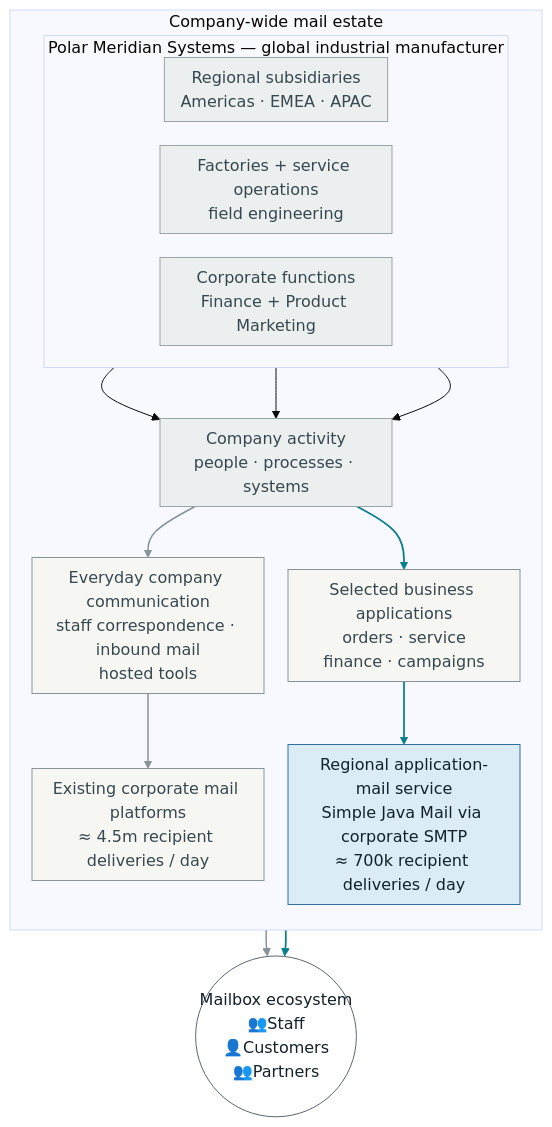
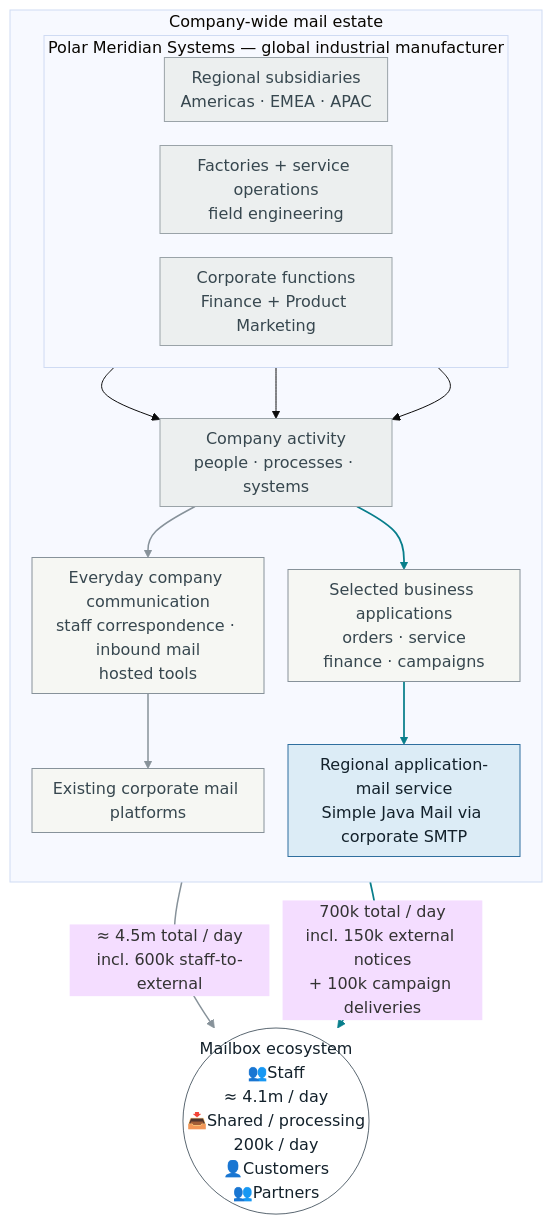
Before and after one commit to simple-java-mail/simplejavamail.org: the first of 5 diagrams in src/journal/2026-09-10-mail-at-polar-meridian-systems.md, drawn with Mermaid (base theme). The commit also changed other lines of this file and 1 other file, not shown here.

Commit message:
docs(journal): consolidate Polar Meridian company overview

````diff
--- a/src/journal/2026-09-10-mail-at-polar-meridian-systems.md
+++ b/src/journal/2026-09-10-mail-at-polar-meridian-systems.md
@@ -34,47 +38,47 @@
 ```mermaid
 %%{init: { "flowchart": { "padding": 8, "nodeSpacing": 24, "rankSpacing": 26 } } }%%
 flowchart TB
     accTitle: Polar Meridian's company-wide mail estate
-    accDescr: Polar Meridian has about 5.2 million recipient deliveries on a working day. Its company composition creates two mail estates. Around 4.5 million use existing corporate platforms for staff, inbound and hosted mail. Around 700,000 come from selected business applications through a regional application-mail service using Simple Java Mail and corporate SMTP. Both reach staff, shared and external inboxes.
+    accDescr: Polar Meridian has about 5.2 million recipient deliveries per working day. Existing corporate platforms carry around 4.5 million, including 600,000 from staff to external contacts. The regional application-mail service uses Simple Java Mail and corporate SMTP for 700,000, including 150,000 external application notifications and a working-day average of 100,000 campaign deliveries. The smaller figures are included in those route totals, not additional traffic. Across both routes, staff inboxes receive about 4.1 million deliveries and shared mailboxes and processing addresses receive 200,000. Both routes also reach customers and partners. These are rounded planning estimates, not exact reconciled counts.
 
     subgraph polar["Company-wide mail estate"]
         direction TB
         subgraph company["Polar Meridian Systems — global industrial manufacturer"]
             direction LR
             regions["Regional subsidiaries<br/>Americas · EMEA · APAC"]
             operations["Factories + service operations<br/>field engineering"]
             corporate["Corporate functions<br/>Finance + Product Marketing"]
         end
 
         activity["<span class='polar-activity-label'>Company activity<br/>people · processes · systems</span>"]
 
         everyday["<span class='polar-estate-label'>Everyday company communication<br/>staff correspondence · inbound mail<br/>hosted tools</span>"]
-        existing["<span class='polar-estate-label'>Existing corporate mail platforms<br/>≈ 4.5m recipient deliveries / day</span>"]
+        existing["<span class='polar-estate-label'>Existing corporate mail platforms</span>"]
 
         apps["<span class='polar-estate-label'>Selected business applications<br/>orders · service<br/>finance · campaigns</span>"]
-        integration["<span class='polar-estate-label'>Regional application-mail service<br/>Simple Java Mail via corporate SMTP<br/>≈ 700k recipient deliveries / day</span>"]
+        integration["<span class='polar-estate-label'>Regional application-mail service<br/>Simple Java Mail via corporate SMTP</span>"]
     end
 
-    mailboxes(("Mailbox ecosystem<br/><span class='mailbox-audience'><span class='mailbox-actor'>👥</span><span>Staff</span></span><br/><span class='mailbox-audience'><span class='mailbox-actor'>👤</span><span>Customers</span></span><br/><span class='mailbox-audience'><span class='mailbox-actor'>👥</span><span>Partners</span></span>"))
+    mailboxes(("Mailbox ecosystem<br/><span class='mailbox-audience'><span class='mailbox-actor'>👥</span><span>Staff<br/>≈ 4.1m / day</span></span><br/><span class='mailbox-audience'><span class='mailbox-actor'>📥</span><span>Shared / processing<br/>200k / day</span></span><br/><span class='mailbox-audience'><span class='mailbox-actor'>👤</span><span>Customers</span></span><br/><span class='mailbox-audience'><span class='mailbox-actor'>👥</span><span>Partners</span></span>"))
 
     regions --> activity
     operations --> activity
     corporate --> activity
     activity --> everyday
     activity --> apps
     everyday --> existing
     apps --> integration
-    existing --> mailboxes
-    integration --> mailboxes
+    existing -->|"≈ 4.5m total / day<br/>incl. 600k staff-to-external"| mailboxes
+    integration -->|"700k total / day<br/>incl. 150k external notices<br/>+ 100k campaign deliveries"| mailboxes
 
     classDef organisational fill:#ECEFEF,stroke:#9AA3A8,color:#37474F
     classDef component fill:#DCECF6,stroke:#2F6F9F,color:#13212B
     classDef existing fill:#F6F7F3,stroke:#87929A,color:#37474F
     classDef person fill:#FFFFFF,stroke:#5B6872,color:#13212B
     class regions,operations,corporate,activity organisational
     class everyday,existing,apps existing
     class integration component
     class mailboxes person
     linkStyle 3,5,7 stroke:#87929A,stroke-width:1.5px
     linkStyle 4,6,8 stroke:#087E8B,stroke-width:1.75px
 ```
````
